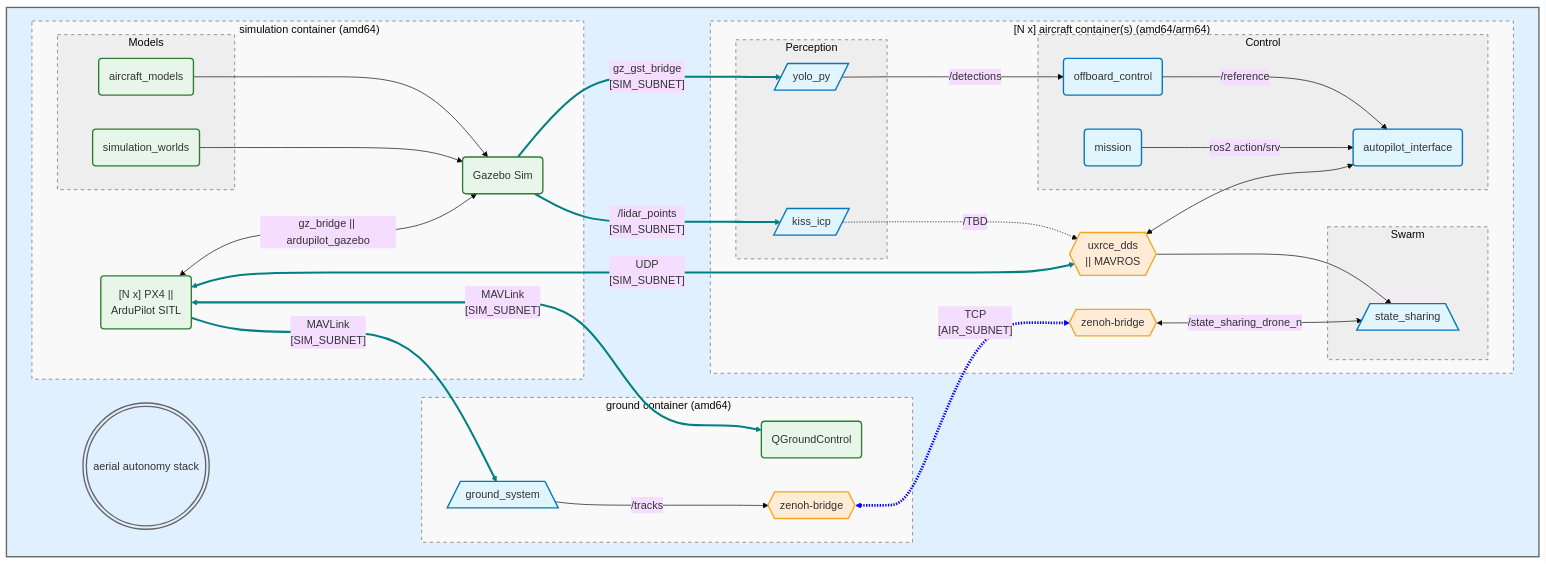
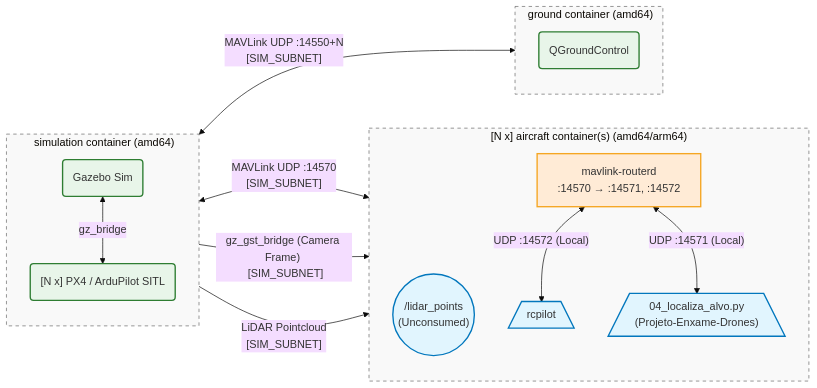
Before and after one commit to droneswarmufpe/aerial-autonomy-stack: the first of 2 diagrams in README.md, drawn with Mermaid. The commit also changed other lines of this file, not shown here.

Commit message:
feat(mermaid-diagram) update readme.md diagrams

````diff
--- a/README.md
+++ b/README.md
@@ -34,75 +35,40 @@
 ```mermaid
 %%{init: {'theme': 'base', 'themeVariables': { 'fontFamily': 'monospace'}}}%%
-flowchart TB
-    subgraph aas [" "]
-        subgraph sim ["#nbsp;simulation#nbsp;container#nbsp;(amd64)"]
-            sitl("[N x] PX4 || <br/> ArduPilot SITL"):::resource
-            gz(Gazebo Sim):::resource
-            subgraph models [Models]
-                drones(aircraft_models):::resource
-                worlds(simulation_worlds):::resource
-            end
-
-            drones --> gz
-            worlds --> gz
-            sitl <--> |"gz_bridge || ardupilot_gazebo"| gz
-        end
-
-        subgraph gnd ["#nbsp;ground#nbsp;container#nbsp;(amd64)"]
-            ground_system[/ground_system\]:::algo
-            qgc(QGroundControl):::resource
-            zenoh_gnd{{zenoh-bridge}}:::bridge
-
-            ground_system ~~~ qgc
-            ground_system --> |"/tracks"| zenoh_gnd  
-        end
-
-        subgraph air ["[N#nbsp;x]#nbsp;aircraft#nbsp;container(s)#nbsp;(amd64/arm64)"]
-            subgraph perception [Perception]
-                yolo_py[/yolo_py/]:::algo
-                kiss_icp[/kiss_icp/]:::algo
-            end
-            subgraph control [Control]
-                offboard_control(offboard_control):::algo
-                autopilot_interface(autopilot_interface):::algo
-                mission(mission):::algo
-            end
-            ap_link{{"uxrce_dds <br/> || MAVROS"}}:::bridge
-            subgraph swarm [Swarm]
-                state_sharing[/state_sharing\]:::algo
-            end
-            zenoh_air{{zenoh-bridge}}:::bridge
-
-            kiss_icp -.-> |"/TBD"| ap_link
-            ap_link <--> autopilot_interface
-            ap_link --> state_sharing
-            yolo_py --> |"/detections"| offboard_control
-            offboard_control --> |"/reference"| autopilot_interface
-            mission --> |"ros2 action/srv"| autopilot_interface
-            zenoh_air <--> |"/state_sharing_drone_n"| state_sharing
-        end
-
-        repo(((aerial#nbsp;autonomy#nbsp;stack)))
+flowchart LR
+    subgraph sim ["#nbsp;simulation#nbsp;container#nbsp;(amd64)"]
+        direction TB
+        gz(Gazebo Sim):::resource
+        sitl("[N x] PX4 / ArduPilot SITL"):::resource
+        gz <--> |"gz_bridge"| sitl
     end
 
-    repo ~~~ gz
-    gz --> |"gz_gst_bridge <br/> [SIM_SUBNET]"| yolo_py
-    gz --> |"/lidar_points <br/> [SIM_SUBNET]"| kiss_icp
-    sitl <--> |"UDP <br/> [SIM_SUBNET]"| ap_link
-    sitl <--> |"MAVLink <br/> [SIM_SUBNET]"| qgc 
-    sitl --> |"MAVLink <br/> [SIM_SUBNET]"| ground_system
-    zenoh_gnd <-.-> |"TCP <br/> [AIR_SUBNET]"| zenoh_air
+    subgraph air ["[N#nbsp;x]#nbsp;aircraft#nbsp;container(s)#nbsp;(amd64/arm64)"]
+        direction TB
+        lidar_in(("/lidar_points<br/>(Unconsumed)")):::algo
+        
+        mavrouter["mavlink-routerd<br/>:14570 → :14571, :14572"]:::bridge
+        rcpilot[/"rcpilot"\]:::algo
+        script04[/"04_localiza_alvo.py<br/>(Projeto-Enxame-Drones)"\]:::algo
+
+        mavrouter <--> |"UDP :14572 (Local)"| rcpilot
+        mavrouter <--> |"UDP :14571 (Local)"| script04
+    end
+
+    subgraph gnd ["#nbsp;ground#nbsp;container#nbsp;(amd64)"]
+        direction TB
+        qgc(QGroundControl):::resource
+    end
+
+    %% External Network Routing
+    sitl <--> |"MAVLink UDP :14550+N <br/> [SIM_SUBNET]"| qgc
+    sitl <--> |"MAVLink UDP :14570 <br/> [SIM_SUBNET]"| mavrouter
+    gz --> |"gz_gst_bridge (Camera Frame) <br/> [SIM_SUBNET]"| script04
+    gz --> |"LiDAR Pointcloud <br/> [SIM_SUBNET]"| lidar_in
 
     classDef bridge fill:#ffebd6,stroke:#f5a623,stroke-width:2px;
     classDef algo fill:#e1f5fe,stroke:#0277bd,stroke-width:2px;
     classDef resource fill:#e8f5e9,stroke:#2e7d32,stroke-width:2px;
-    classDef blueStyle  fill:#e1f0ff,stroke:#666,stroke-width:2px;
     classDef whiteStyle fill:#f9f9f9,stroke:#666,stroke-width:1px,stroke-dasharray: 5 5;
-    classDef greyStyle  fill:#eeeeee,stroke:#666,stroke-width:1px,stroke-dasharray: 5 5;
-
-    class aas,repo blueStyle;
-    class air,gnd,sim whiteStyle;
-    class perception,control,models,swarm greyStyle;
-    linkStyle 13,14,15,16,17 stroke:teal,stroke-width:3px;
-    linkStyle 18 stroke:blue,stroke-width:4px;
+    
+    class sim,air,gnd whiteStyle;
 ```
````
